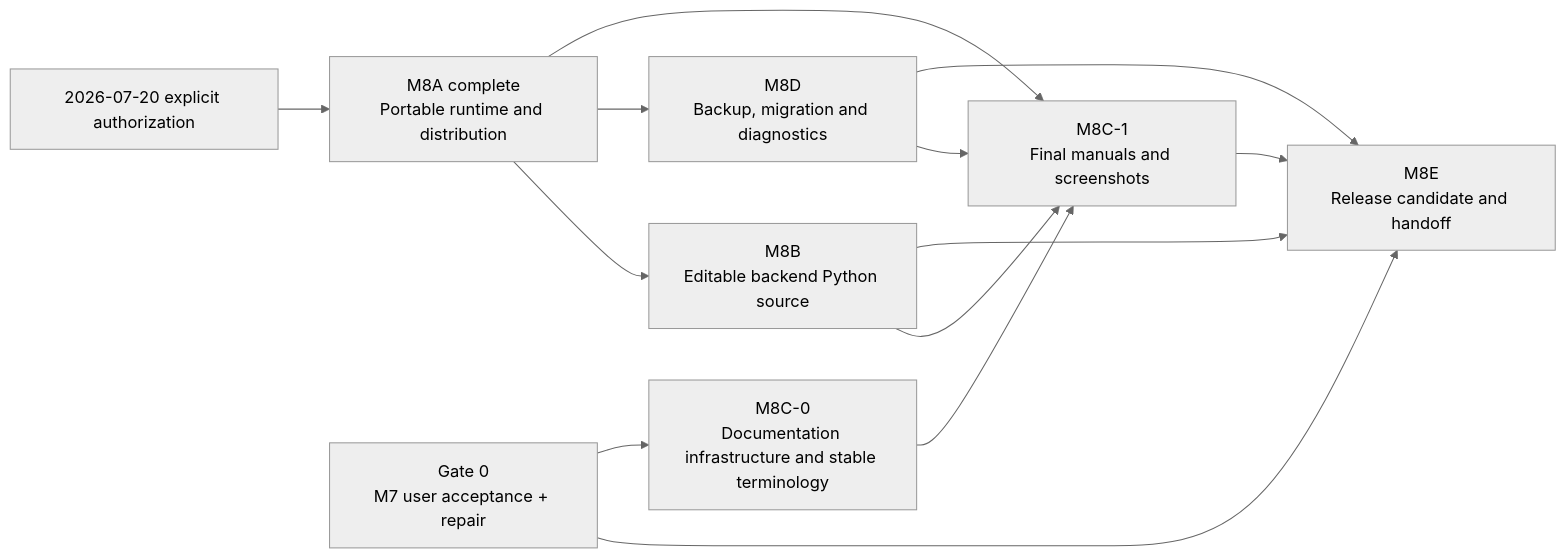
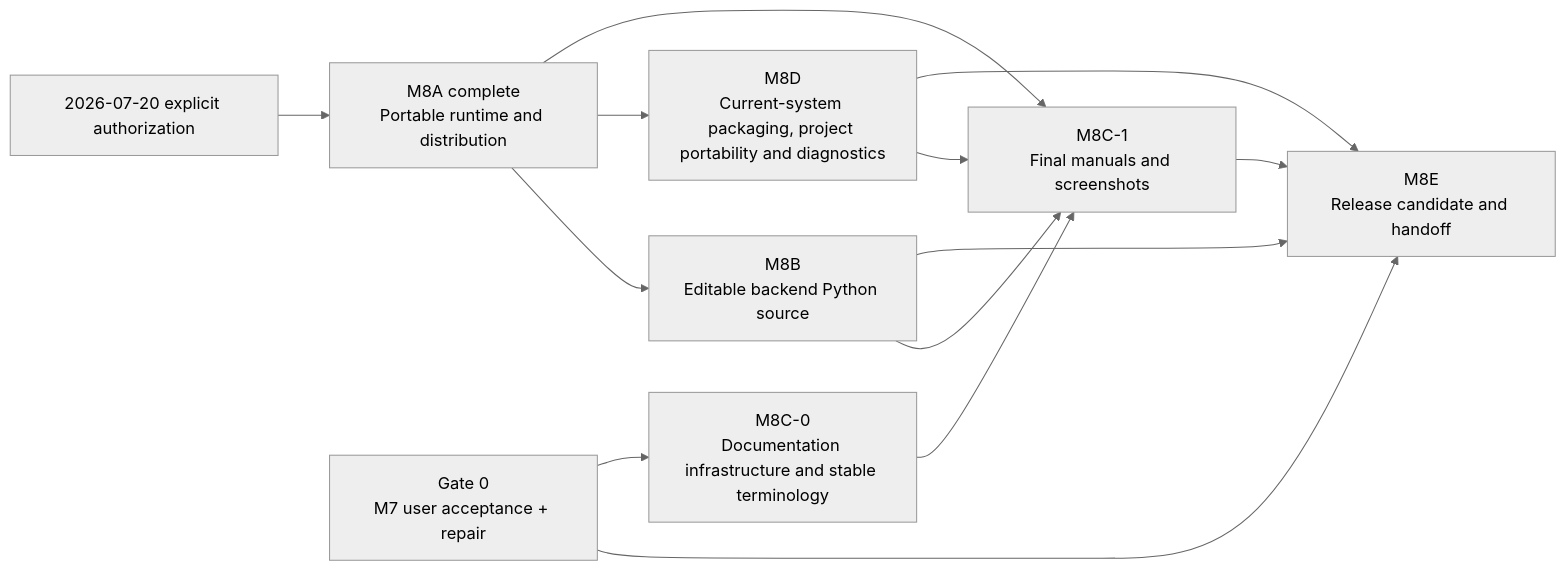
Before and after one commit to Foreverlongdamai/pilot-assessment-AI-system: the diagram in docs/product/plans/2026-07-18-m8-pre-uat-implementation-outline.md, drawn with Mermaid (neutral theme). The commit also changed other lines of this file and 25 other files, not shown here.

Commit message:
docs: redefine M8D around current system packaging

````diff
--- a/docs/product/plans/2026-07-18-m8-pre-uat-implementation-outline.md
+++ b/docs/product/plans/2026-07-18-m8-pre-uat-implementation-outline.md
@@ -29,15 +29,15 @@
 ```mermaid
 flowchart LR
     U["2026-07-20 explicit authorization"] --> A["M8A complete\nPortable runtime and distribution"]
     G0["Gate 0\nM7 user acceptance + repair"] --> E
     A --> B["M8B\nEditable backend Python source"]
-    A --> D["M8D\nBackup, migration and diagnostics"]
+    A --> D["M8D\nCurrent-system packaging, project portability and diagnostics"]
     G0 --> C0["M8C-0\nDocumentation infrastructure and stable terminology"]
     B --> C1["M8C-1\nFinal manuals and screenshots"]
     D --> C1
     A --> C1
     C0 --> C1
     C1 --> E["M8E\nRelease candidate and handoff"]
     B --> E
     D --> E
 ```
````
